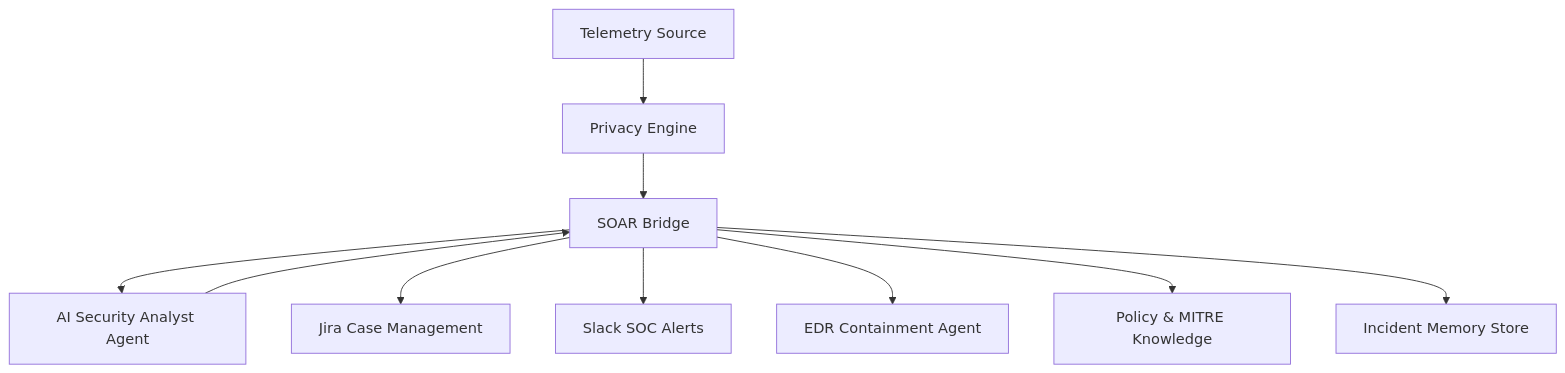
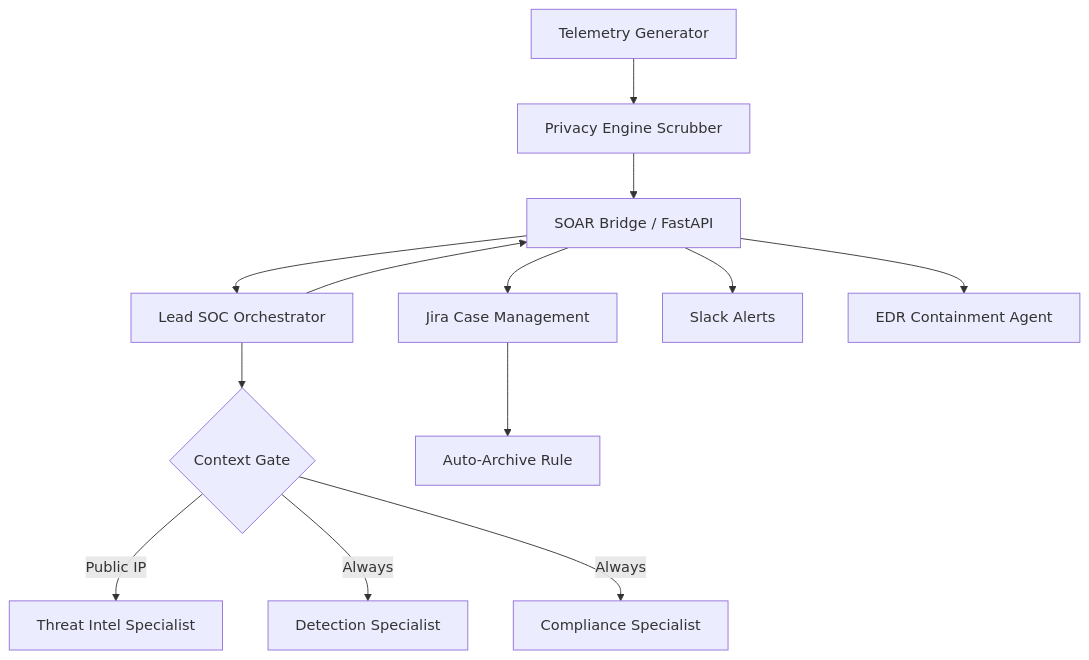
One commit to Naifnizami/NeoGrid-SOAR-Hub changed the diagram in README.md. Above: the diagram before and after it, drawn with Mermaid. The commit also changed other lines of this file, not shown here.

Commit message:
FINAL MASTER RELEASE: Re-architected Agentic Swarm to 'Juan Logic-Gate Model' and added updated Mermaid documentation.

````diff
--- a/README.md
+++ b/README.md
@@ -88,16 +83,15 @@
 ```mermaid
 graph TD
-
-A[Telemetry Source] --> H[Privacy Engine]
-H --> B[SOAR Bridge]
-
-B --> C[AI Security Analyst Agent]
-C --> B
-
-B --> J[Jira Case Management]
-B --> S[Slack SOC Alerts]
-B --> D[EDR Containment Agent]
-
-B --> F[Policy & MITRE Knowledge]
-B --> G[Incident Memory Store]
+    A[Telemetry Generator] --> H[Privacy Engine Scrubber]
+    H --> B[SOAR Bridge / FastAPI]
+    B --> C[Lead SOC Orchestrator]
+    C --> Decision{Context Gate}
+    Decision -->|Public IP| C1[Threat Intel Specialist]
+    Decision -->|Always| C2[Detection Specialist]
+    Decision -->|Always| C3[Compliance Specialist]
+    C --> B
+    B --> D[Jira Case Management]
+    B --> E[Slack Alerts]
+    B --> F[EDR Containment Agent]
+    D --> G[Auto-Archive Rule]
 ```
````
